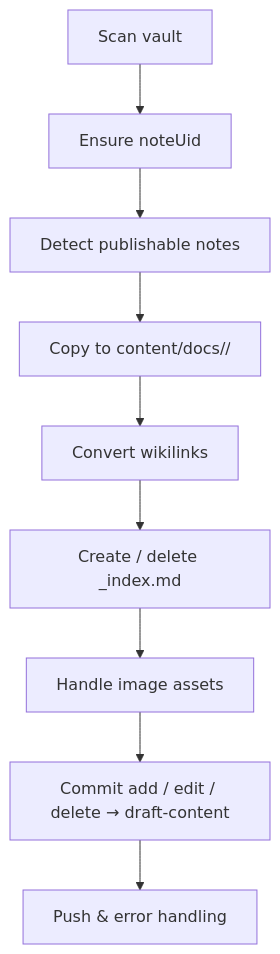
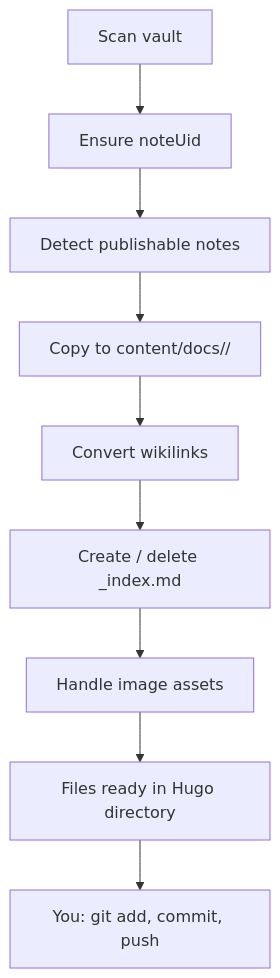
The diagram in prd.md (jacoblindqvist/obsidian-hugo-sync), drawn with Mermaid before and after one commit. The commit also changed other lines of this file, not shown here.

First line of the commit message:
Update project requirements document to reflect changes in file synchronization and Git workflow

````diff
--- a/prd.md
+++ b/prd.md
@@ -31,11 +31,11 @@
 ```mermaid
 flowchart TD
     scan[Scan vault] --> uid[Ensure noteUid]
     uid --> detect[Detect publishable notes]
     detect --> copy[Copy to content/docs/<folder>/]
     copy --> wikilinks[Convert wikilinks]
     wikilinks --> section[Create / delete _index.md]
     section --> images[Handle image assets]
-    images --> git[Commit add / edit / delete → draft-content]
-    git --> push[Push & error handling]
+    images --> done[Files ready in Hugo directory]
+    done --> manual[You: git add, commit, push]
 ```
````
